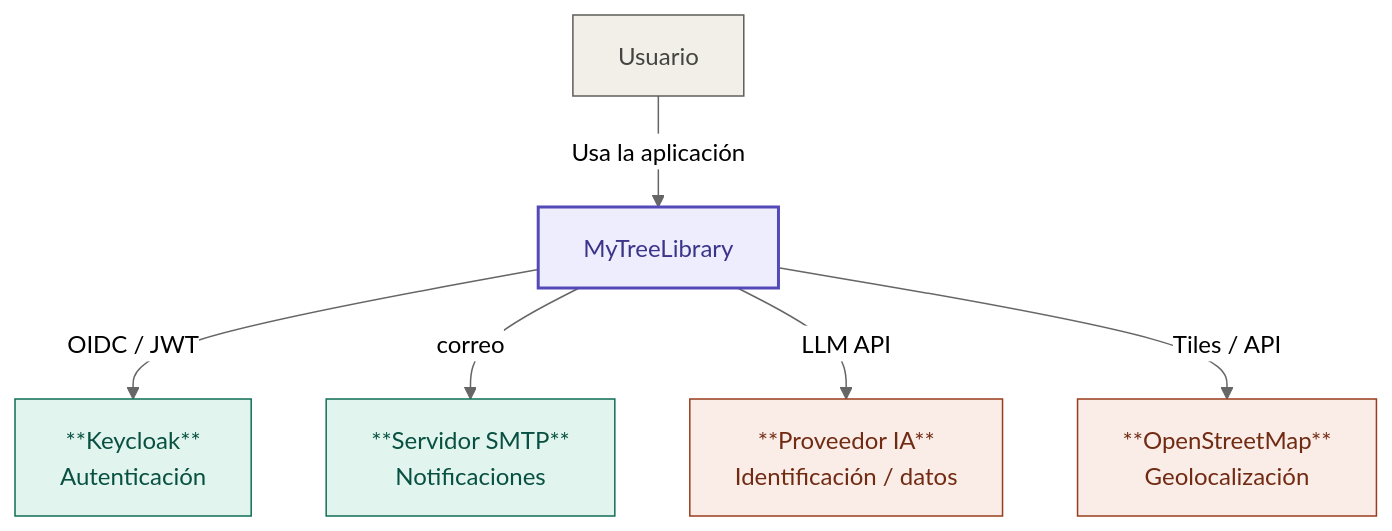
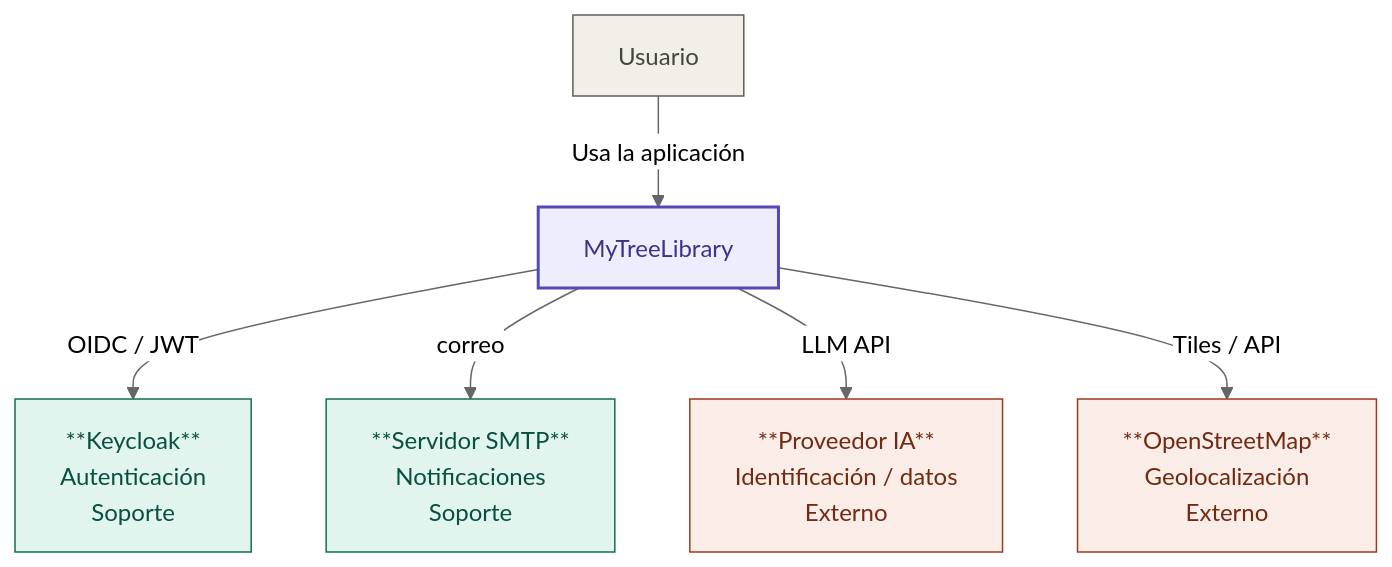
Before and after one commit to LIDR-academy/AI4Devs-finalproject: the first of 19 diagrams in readme.md, drawn with Mermaid (neutral theme).

Commit message:
Actualización estilos diagrama C1

````diff
--- a/readme.md
+++ b/readme.md
@@ -79,25 +79,25 @@
 ```mermaid
 flowchart TB
   U[Usuario]
   S[MyTreeLibrary]
-  KC["**Keycloak**<br/>Autenticación"]
-  SMTP["**Servidor SMTP**<br/>Notificaciones"]
-  PIA["**Proveedor IA**<br/>Identificación / datos"]
-  MAP["**OpenStreetMap**<br/>Geolocalización"] 
+  KC["**Keycloak**<br/>Autenticación<br/>Soporte"]
+  SMTP["**Servidor SMTP**<br/>Notificaciones<br/>Soporte"]
+  PIA["**Proveedor IA**<br/>Identificación / datos<br/>Externo"]
+  MAP["**OpenStreetMap**<br/>Geolocalización<br/>Externo"] 
   U -->|Usa la aplicación| S
   S -->|OIDC / JWT| KC
   S -->|correo| SMTP
   S -->|LLM API| PIA
   S -->|Tiles / API| MAP
 
   classDef sistema fill:#EEEDFE,stroke:#534AB7,stroke-width:2px,color:#3C3489
   classDef soporte fill:#E1F5EE,stroke:#0F6E56,stroke-width:1px,color:#085041
   classDef externo fill:#FAECE7,stroke:#993C1D,stroke-width:1px,color:#712B13
   classDef usuario fill:#F1EFE8,stroke:#5F5E5A,stroke-width:1px,color:#444441
 
   class S sistema
   class KC,SMTP soporte
   class PIA,MAP externo
   class U usuario
 
 ```
````
